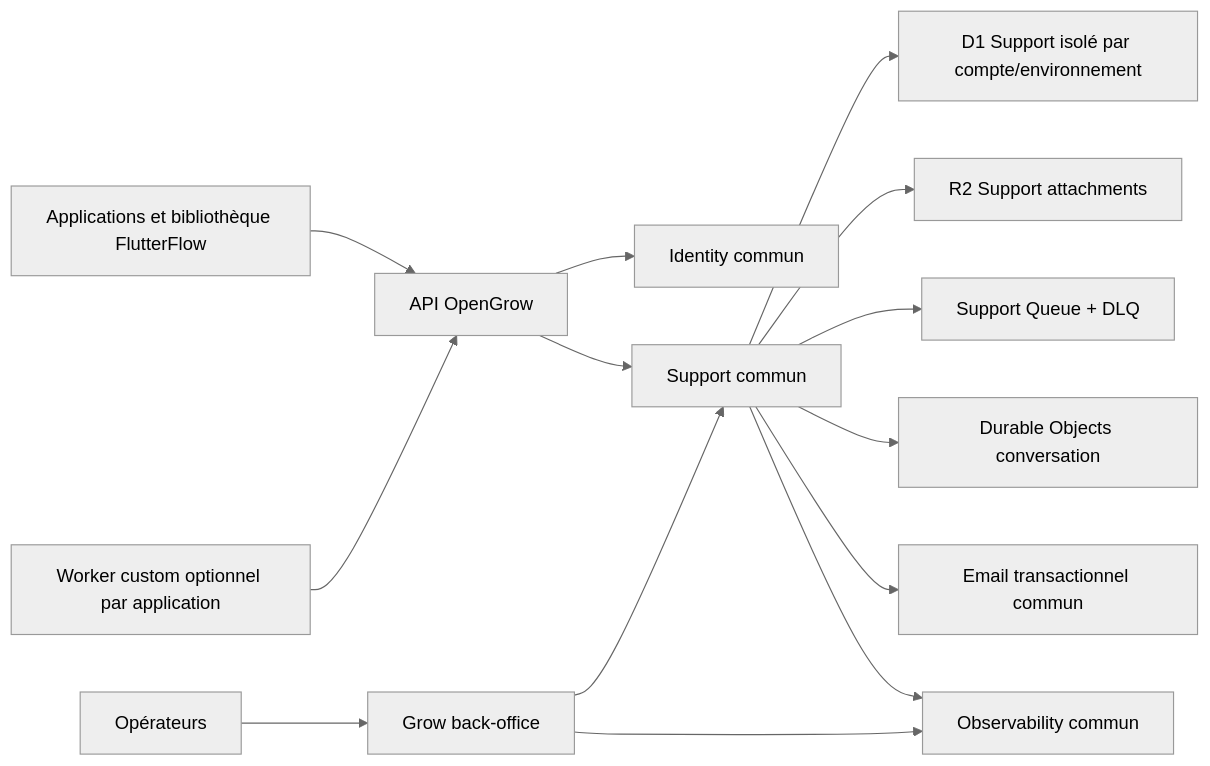
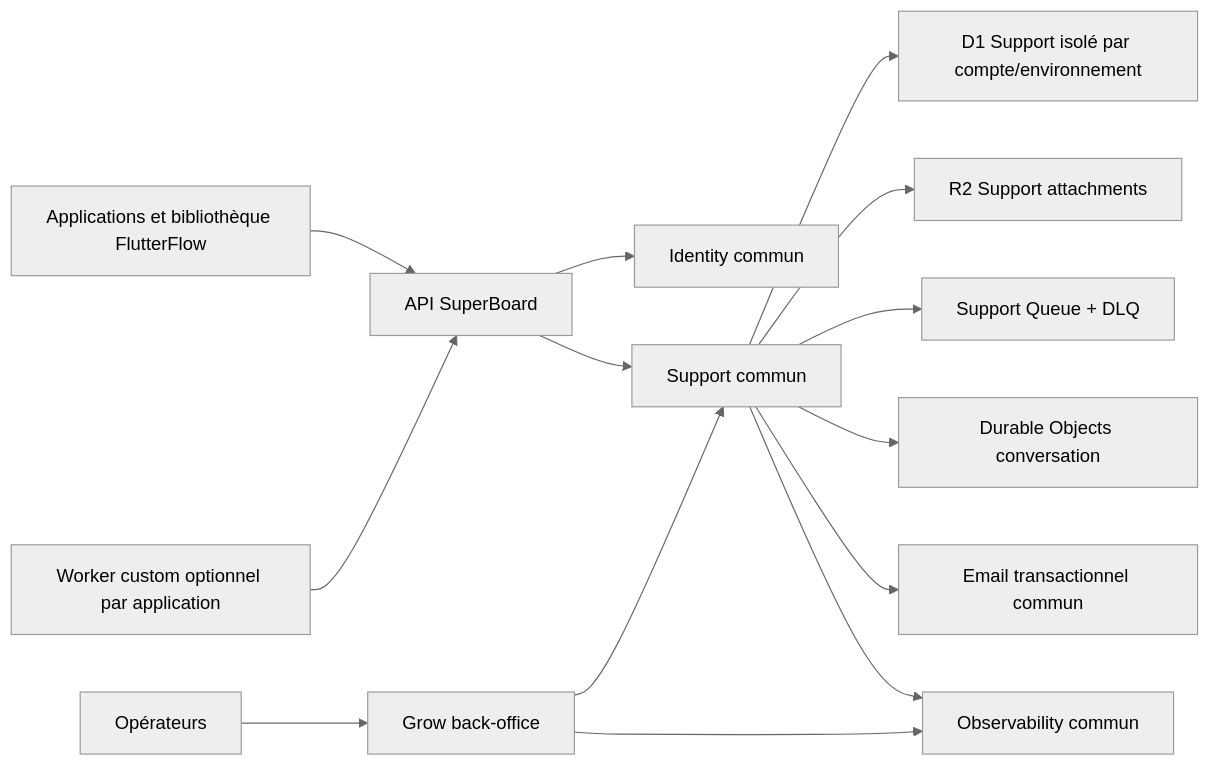
One commit to mabzadev/superboard changed the second of 2 diagrams in docs/OPENCHAT_SUPPORT_CONVERGENCE.md. Above: the diagram before and after it, drawn with Mermaid (neutral theme). The commit also changed other lines of this file and 528 other files, not shown here.

First line of the commit message:
feat: migrate OpenGrow platform to SuperBoard

````diff
--- a/docs/OPENCHAT_SUPPORT_CONVERGENCE.md
+++ b/docs/OPENCHAT_SUPPORT_CONVERGENCE.md
@@ -130,16 +130,16 @@
 ```mermaid
 flowchart LR
-  clients["Applications et bibliothèque FlutterFlow"] --> api["API OpenGrow"]
+  clients["Applications et bibliothèque FlutterFlow"] --> api["API SuperBoard"]
   operators["Opérateurs"] --> grow["Grow back-office"]
   api --> identity["Identity commun"]
   api --> support["Support commun"]
   support --> db["D1 Support isolé par compte/environnement"]
   support --> r2["R2 Support attachments"]
   support --> queue["Support Queue + DLQ"]
   support --> rooms["Durable Objects conversation"]
   support --> email["Email transactionnel commun"]
   support --> observability["Observability commun"]
   grow --> support
   grow --> observability
   custom["Worker custom optionnel par application"] --> api
 ```
````
